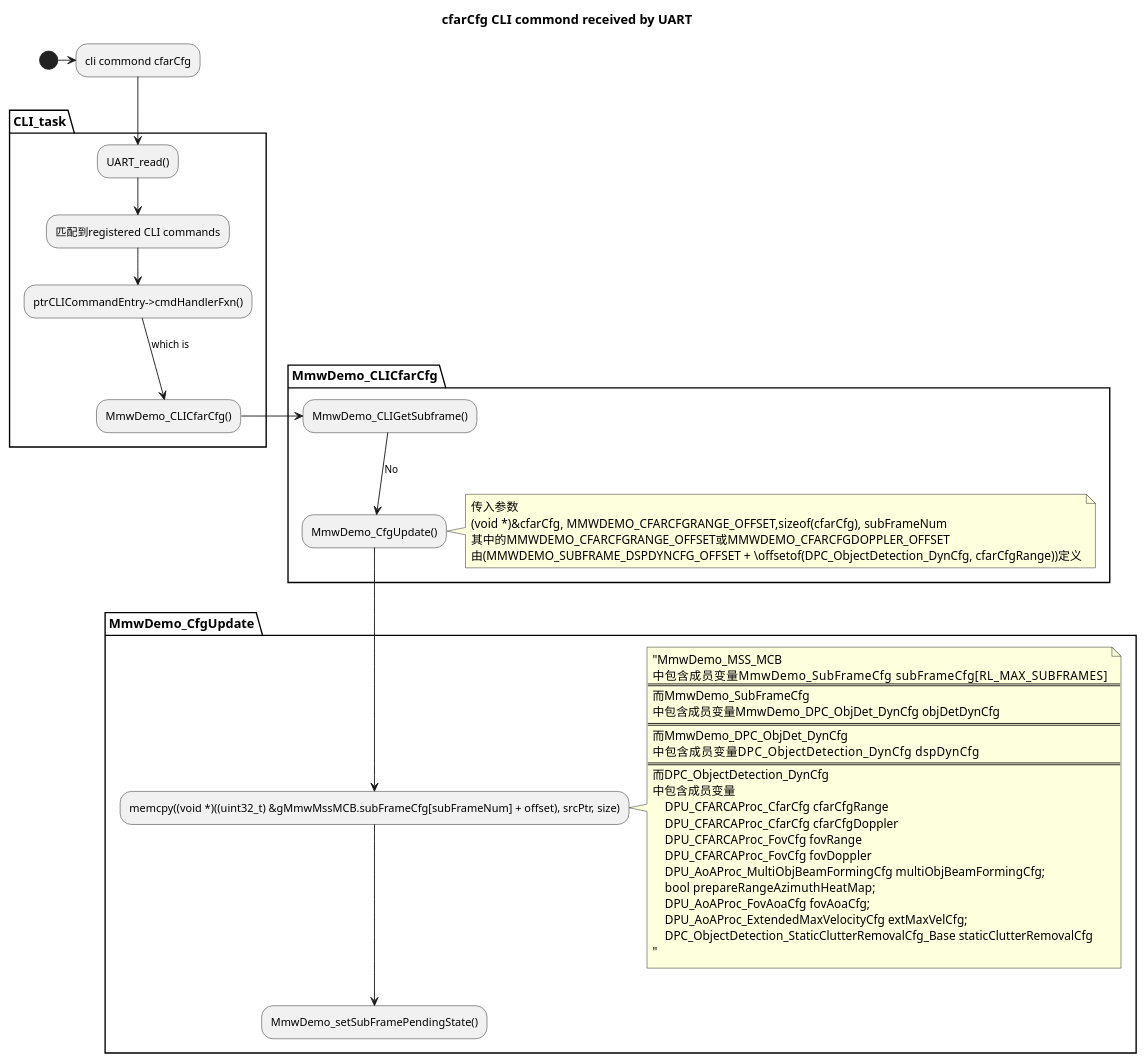
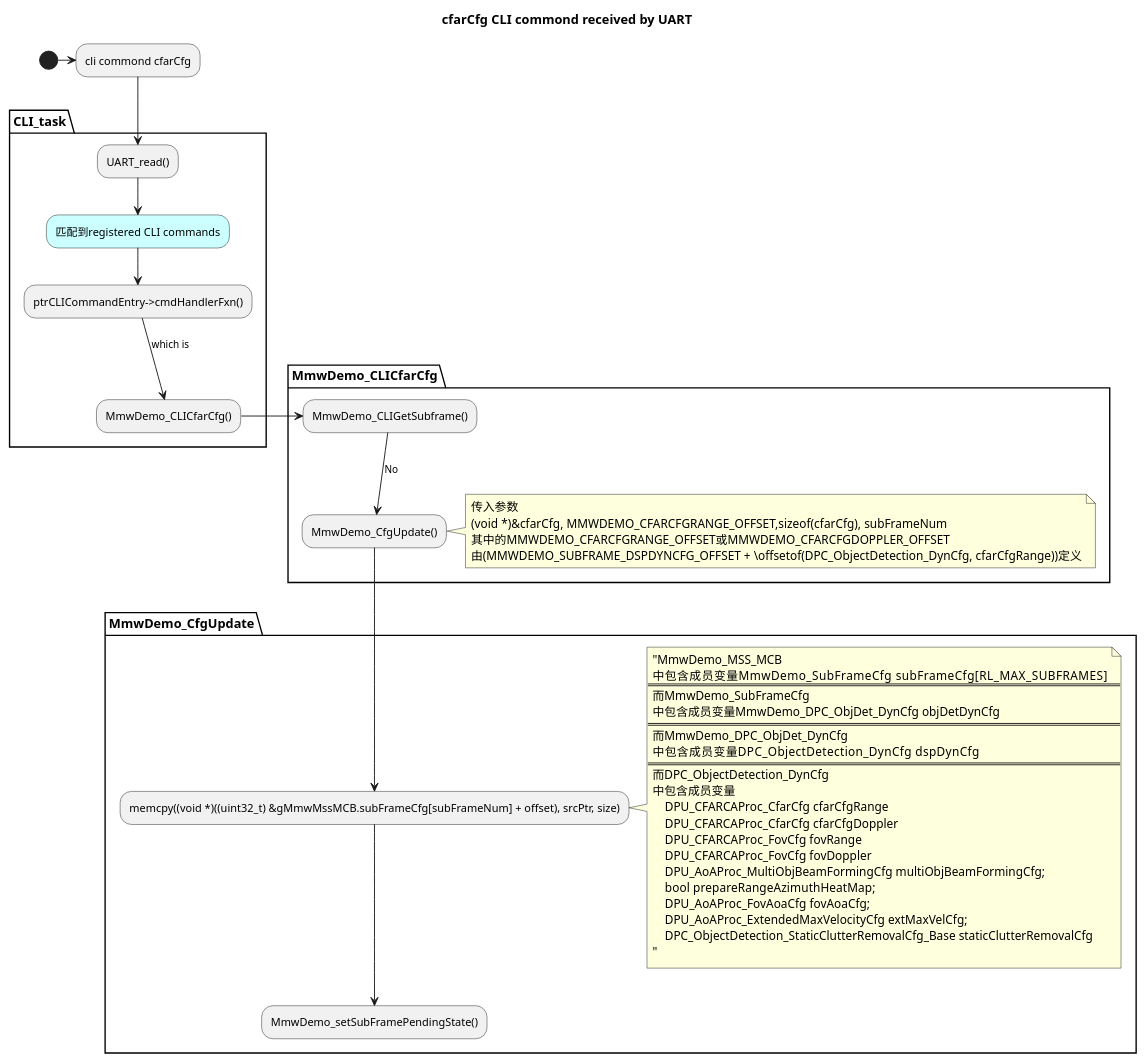
The second of 3 diagrams in whengetCLIcmd.plantuml (Mr-Bulijiojio/NotesTIproject), drawn with PlantUML before and after one commit. The commit also changed other lines of this file and 1 other file, not shown here.

```diff
--- a/whengetCLIcmd.plantuml
+++ b/whengetCLIcmd.plantuml
@@ -31,53 +31,53 @@
 @startuml  cfarCfgCLIcommond
     title cfarCfg CLI commond received by UART
 
         (*)->"cli commond cfarCfg" 
 
     partition "CLI_task"
         --> UART_read()
-        --> "匹配到registered CLI commands"
+        --> "匹配到registered CLI commands" #CCFFFF
         --> ptrCLICommandEntry->cmdHandlerFxn()
         -->[which is]MmwDemo_CLICfarCfg()
     end partition
 
     partition MmwDemo_CLICfarCfg
         "MmwDemo_CLICfarCfg()"->MmwDemo_CLIGetSubframe()
         -->[No]MmwDemo_CfgUpdate()
         note right
             传入参数
             (void *)&cfarCfg, MMWDEMO_CFARCFGRANGE_OFFSET,sizeof(cfarCfg), subFrameNum
             其中的MMWDEMO_CFARCFGRANGE_OFFSET或MMWDEMO_CFARCFGDOPPLER_OFFSET
             由(MMWDEMO_SUBFRAME_DSPDYNCFG_OFFSET + \offsetof(DPC_ObjectDetection_DynCfg, cfarCfgRange))定义
         end note
     end partition
 
     partition MmwDemo_CfgUpdate
         "MmwDemo_CfgUpdate()"-->memcpy((void *)((uint32_t) &gMmwMssMCB.subFrameCfg[subFrameNum] + offset), srcPtr, size)
 
         note right
             "MmwDemo_MSS_MCB
             中包含成员变量MmwDemo_SubFrameCfg         subFrameCfg[RL_MAX_SUBFRAMES]
             ====
             而MmwDemo_SubFrameCfg
             中包含成员变量MmwDemo_DPC_ObjDet_DynCfg objDetDynCfg
             ====
             而MmwDemo_DPC_ObjDet_DynCfg
             中包含成员变量DPC_ObjectDetection_DynCfg      dspDynCfg
             ====
             而DPC_ObjectDetection_DynCfg
             中包含成员变量
                 DPU_CFARCAProc_CfarCfg cfarCfgRange
                 DPU_CFARCAProc_CfarCfg cfarCfgDoppler
                 DPU_CFARCAProc_FovCfg fovRange
                 DPU_CFARCAProc_FovCfg fovDoppler
                 DPU_AoAProc_MultiObjBeamFormingCfg multiObjBeamFormingCfg;
                 bool  prepareRangeAzimuthHeatMap;
                 DPU_AoAProc_FovAoaCfg fovAoaCfg;
                 DPU_AoAProc_ExtendedMaxVelocityCfg extMaxVelCfg;
                 DPC_ObjectDetection_StaticClutterRemovalCfg_Base staticClutterRemovalCfg
             "
         end note
 
         -->MmwDemo_setSubFramePendingState()
 
 @enduml
```
